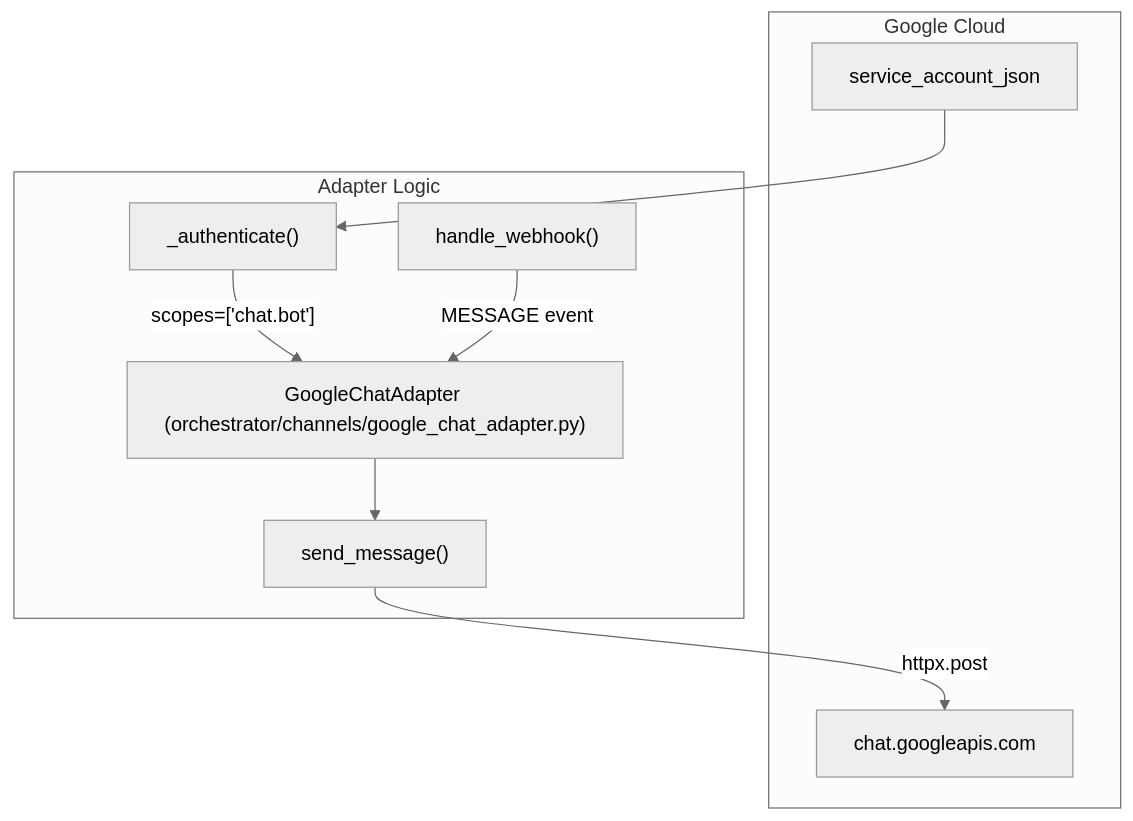
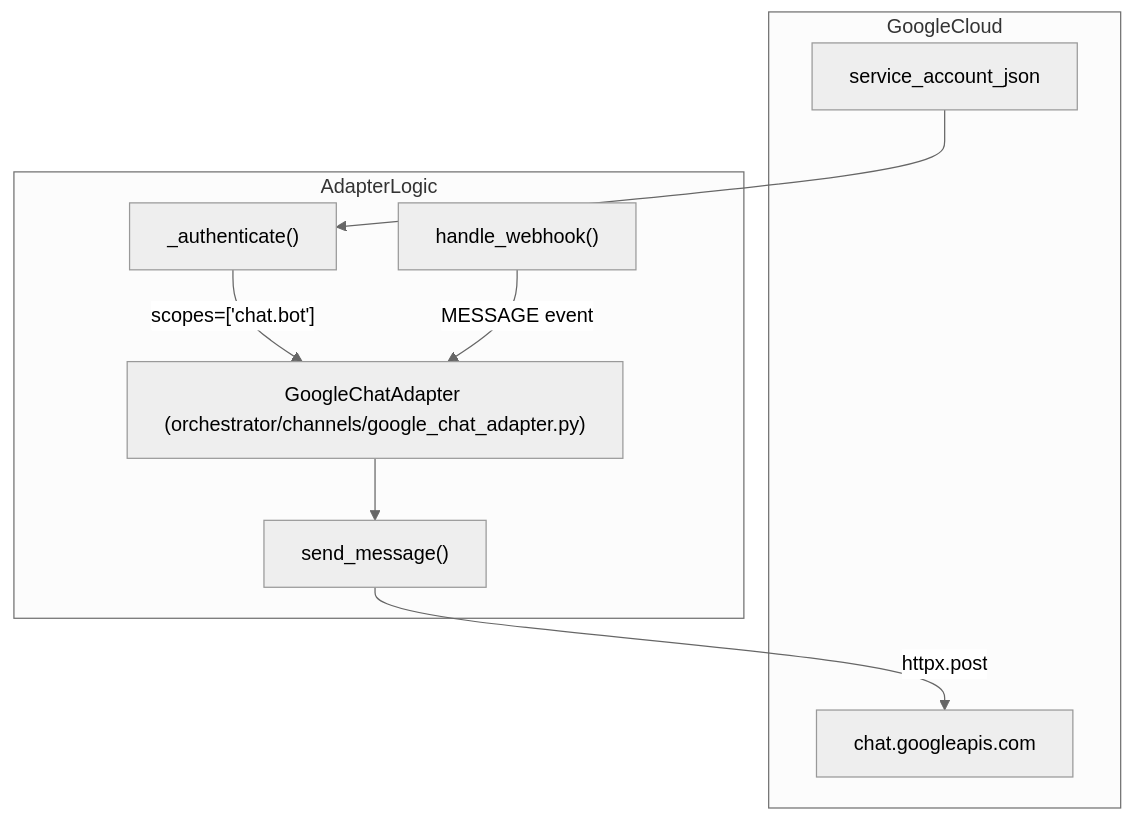
Before and after one commit to AutomatosAI/automatos-ai: the third of 3 diagrams in docs/channel-integrations/platform-adapters.md, drawn with Mermaid (neutral theme). The commit also changed other lines of this file and 153 other files, not shown here.

````diff
--- a/docs/channel-integrations/platform-adapters.md
+++ b/docs/channel-integrations/platform-adapters.md
@@ -231,20 +182,20 @@
 ```mermaid
 graph TB
-    subgraph "Google Cloud"
+    subgraph "GoogleCloud"
         SA_JSON["service_account_json"]
         G_API["chat.googleapis.com"]
     end
 
-    subgraph "Adapter Logic"
+    subgraph "AdapterLogic"
         GCA["GoogleChatAdapter (orchestrator/channels/google_chat_adapter.py)"]
         AUTH["_authenticate()"]
         SEND["send_message()"]
         WH["handle_webhook()"]
     end
 
     SA_JSON --> AUTH
     AUTH -->|"scopes=['chat.bot']"| GCA
     WH -->|"MESSAGE event"| GCA
     GCA --> SEND
     SEND -->|"httpx.post"| G_API
 ```
````
